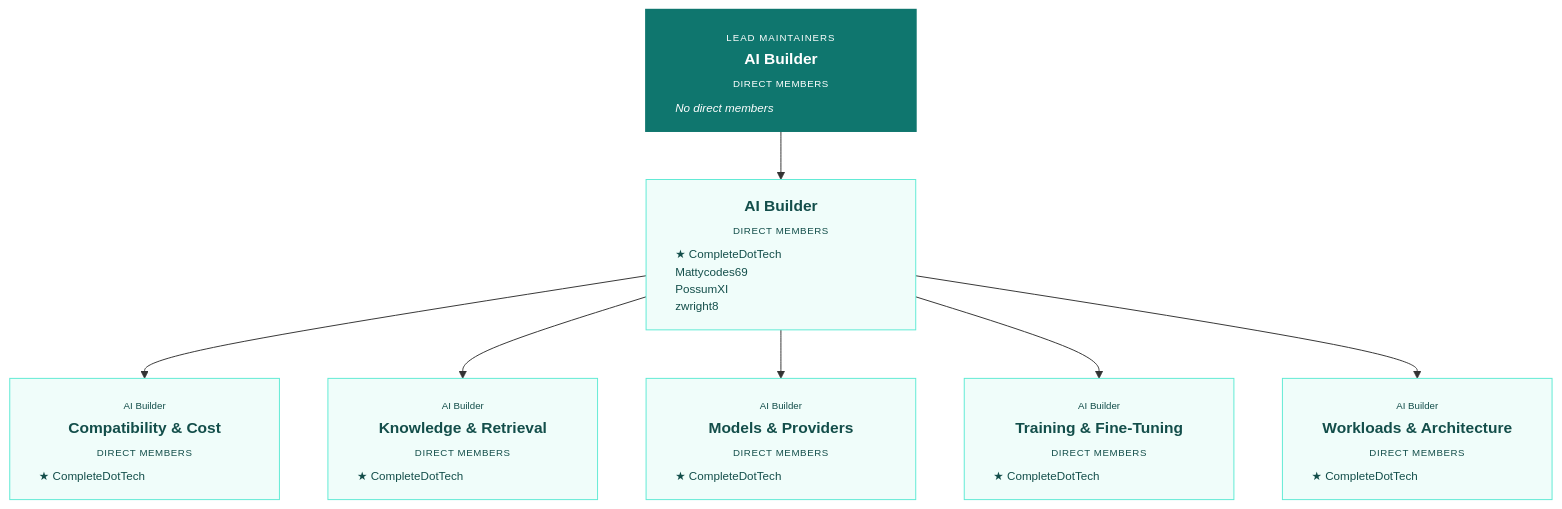
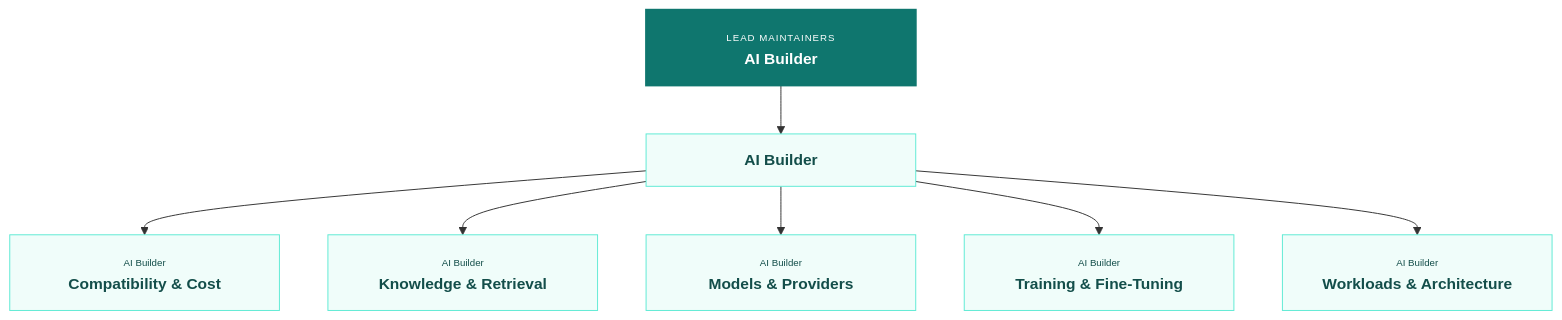
One commit to Pick-Your-AI/.github changed the diagram in docs/organization/snapshots/2026-10-29/area-ai-builder.mmd. Above: the diagram before and after it, drawn with Mermaid. The commit also changed 53 other files, not shown here.

Commit message:
Remove private membership data from public organization charts

```diff
--- a/docs/organization/snapshots/2026-10-29/area-ai-builder.mmd
+++ b/docs/organization/snapshots/2026-10-29/area-ai-builder.mmd
@@ -1,36 +1,36 @@
-%% Live GitHub snapshot 2026-10-30T02:33:56.069534+00:00
-%% Includes all direct members and pending invitees.
+%% Historical team hierarchy captured 2026-10-30T02:33:56.069534+00:00
+%% Public team structure only; personal data excluded.
 flowchart TB
- team_20184179["<div style='width:218px;text-align:center;line-height:1.5'><b>AI Builder</b><br/><span style='font-size:10px;letter-spacing:0.6px'>DIRECT MEMBERS</span><div style='font-size:12px;text-align:left;margin-top:5px'>★ CompleteDotTech<br/>Mattycodes69<br/>PossumXI<br/>zwright8</div></div>"]:::research
- team_20423826["<div style='width:218px;text-align:center;line-height:1.5'><span style='font-size:10px'>AI Builder</span><br/><b>Compatibility &amp; Cost</b><br/><span style='font-size:10px;letter-spacing:0.6px'>DIRECT MEMBERS</span><div style='font-size:12px;text-align:left;margin-top:5px'>★ CompleteDotTech</div></div>"]:::research
- team_20423823["<div style='width:218px;text-align:center;line-height:1.5'><span style='font-size:10px'>AI Builder</span><br/><b>Knowledge &amp; Retrieval</b><br/><span style='font-size:10px;letter-spacing:0.6px'>DIRECT MEMBERS</span><div style='font-size:12px;text-align:left;margin-top:5px'>★ CompleteDotTech</div></div>"]:::research
- team_20423822["<div style='width:218px;text-align:center;line-height:1.5'><span style='font-size:10px'>AI Builder</span><br/><b>Models &amp; Providers</b><br/><span style='font-size:10px;letter-spacing:0.6px'>DIRECT MEMBERS</span><div style='font-size:12px;text-align:left;margin-top:5px'>★ CompleteDotTech</div></div>"]:::research
- team_20423825["<div style='width:218px;text-align:center;line-height:1.5'><span style='font-size:10px'>AI Builder</span><br/><b>Training &amp; Fine-Tuning</b><br/><span style='font-size:10px;letter-spacing:0.6px'>DIRECT MEMBERS</span><div style='font-size:12px;text-align:left;margin-top:5px'>★ CompleteDotTech</div></div>"]:::research
- team_20423819["<div style='width:218px;text-align:center;line-height:1.5'><span style='font-size:10px'>AI Builder</span><br/><b>Workloads &amp; Architecture</b><br/><span style='font-size:10px;letter-spacing:0.6px'>DIRECT MEMBERS</span><div style='font-size:12px;text-align:left;margin-top:5px'>★ CompleteDotTech</div></div>"]:::research
- team_20421768["<div style='width:218px;text-align:center;line-height:1.5'><span style='font-size:10px;letter-spacing:1px'>LEAD MAINTAINERS</span><br/><b>AI Builder</b><br/><span style='font-size:10px;letter-spacing:0.6px'>DIRECT MEMBERS</span><div style='font-size:12px;text-align:left;margin-top:5px'><span style='font-style:italic'>No direct members</span></div></div>"]:::researchLead
+ team_20184179["<div style='width:218px;text-align:center;line-height:1.5'><b>AI Builder</b></div>"]:::research
+ team_20423826["<div style='width:218px;text-align:center;line-height:1.5'><span style='font-size:10px'>AI Builder</span><br/><b>Compatibility &amp; Cost</b></div>"]:::research
+ team_20423823["<div style='width:218px;text-align:center;line-height:1.5'><span style='font-size:10px'>AI Builder</span><br/><b>Knowledge &amp; Retrieval</b></div>"]:::research
+ team_20423822["<div style='width:218px;text-align:center;line-height:1.5'><span style='font-size:10px'>AI Builder</span><br/><b>Models &amp; Providers</b></div>"]:::research
+ team_20423825["<div style='width:218px;text-align:center;line-height:1.5'><span style='font-size:10px'>AI Builder</span><br/><b>Training &amp; Fine-Tuning</b></div>"]:::research
+ team_20423819["<div style='width:218px;text-align:center;line-height:1.5'><span style='font-size:10px'>AI Builder</span><br/><b>Workloads &amp; Architecture</b></div>"]:::research
+ team_20421768["<div style='width:218px;text-align:center;line-height:1.5'><span style='font-size:10px;letter-spacing:1px'>LEAD MAINTAINERS</span><br/><b>AI Builder</b></div>"]:::researchLead
  team_20421768 --> team_20184179
  team_20184179 --> team_20423826
  team_20184179 --> team_20423823
  team_20184179 --> team_20423822
  team_20184179 --> team_20423825
  team_20184179 --> team_20423819
 
  classDef owner fill:#102f3e,stroke:#102f3e,color:#fff,stroke-width:2px;
  classDef governance fill:#edf2f7,stroke:#94a3b8,color:#243c4b;
  classDef researchLead fill:#0f766e,stroke:#0f766e,color:#fff,stroke-width:2px;
  classDef research fill:#f0fdfa,stroke:#5eead4,color:#134e4a;
  classDef webLead fill:#1d4ed8,stroke:#1d4ed8,color:#fff,stroke-width:2px;
  classDef web fill:#eff6ff,stroke:#93c5fd,color:#1e3a8a;
  classDef mobileLead fill:#6d28d9,stroke:#6d28d9,color:#fff,stroke-width:2px;
  classDef mobile fill:#f5f3ff,stroke:#c4b5fd,color:#4c1d95;
  classDef educationLead fill:#c2410c,stroke:#c2410c,color:#fff,stroke-width:2px;
  classDef education fill:#fff7ed,stroke:#fdba74,color:#7c2d12;
  classDef community fill:#fffbeb,stroke:#fbbf24,color:#78350f;
 
  click team_20184179 "https://github.com/orgs/Pick-Your-AI/teams/ai-builder" "AI Builder" _blank
  click team_20423826 "https://github.com/orgs/Pick-Your-AI/teams/ai-builder-compatibility-cost" "AI Builder - Compatibility &amp; Cost" _blank
  click team_20423823 "https://github.com/orgs/Pick-Your-AI/teams/ai-builder-knowledge-retrieval" "AI Builder - Knowledge &amp; Retrieval" _blank
  click team_20423822 "https://github.com/orgs/Pick-Your-AI/teams/ai-builder-models-providers" "AI Builder - Models &amp; Providers" _blank
  click team_20423825 "https://github.com/orgs/Pick-Your-AI/teams/ai-builder-training-fine-tuning" "AI Builder - Training &amp; Fine-Tuning" _blank
  click team_20423819 "https://github.com/orgs/Pick-Your-AI/teams/ai-builder-workloads-architecture" "AI Builder - Workloads &amp; Architecture" _blank
  click team_20421768 "https://github.com/orgs/Pick-Your-AI/teams/lead-maintainers-ai-builder" "Lead Maintainers - AI Builder" _blank
```
